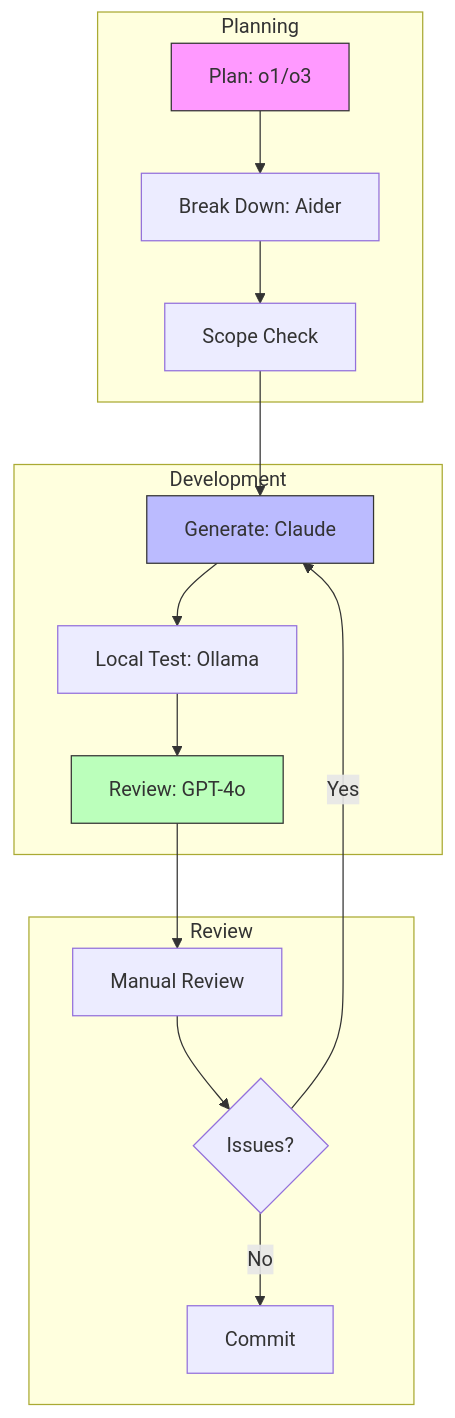
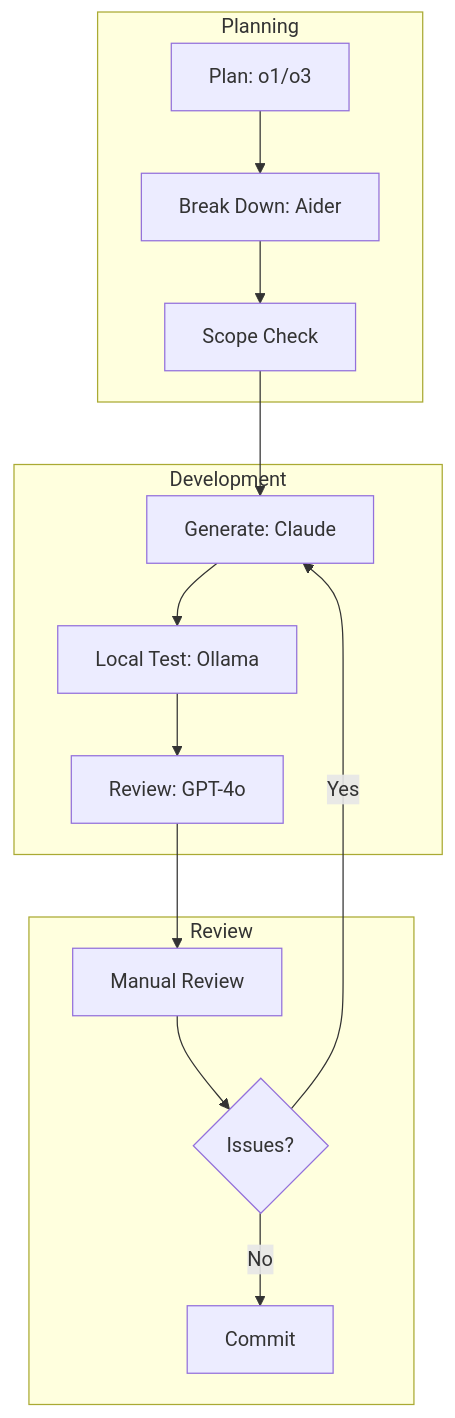
Before and after one commit to ylcn91/ylcn91.github.io: the diagram in _posts/2025-02-21-from-chaos-to-code.md, drawn with Mermaid. The commit also changed other lines of this file, not shown here.

````diff
--- a/_posts/2025-02-21-from-chaos-to-code.md
+++ b/_posts/2025-02-21-from-chaos-to-code.md
@@ -262,25 +262,22 @@
 ```mermaid
 graph TD
     subgraph Planning
         A[Plan: o1/o3] --> B[Break Down: Aider]
         B --> C[Scope Check]
     end
     
     subgraph Development
         D[Generate: Claude] --> E[Local Test: Ollama]
         E --> F[Review: GPT-4o]
     end
     
     subgraph Review
         G[Manual Review] --> H{Issues?}
         H -->|Yes| D
         H -->|No| I[Commit]
     end
     
     C --> D
     F --> G
     
-    style A fill:#f9f,stroke:#333
-    style D fill:#bbf,stroke:#333
-    style F fill:#bfb,stroke:#333
 ```
````
